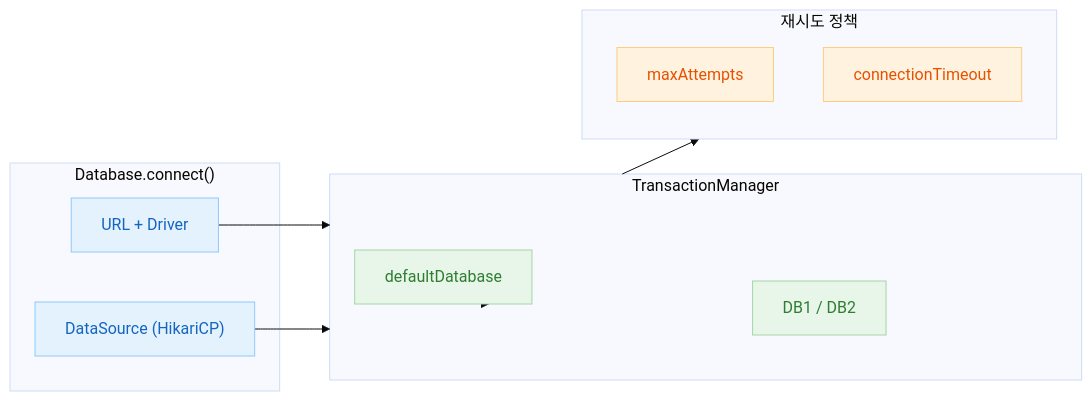
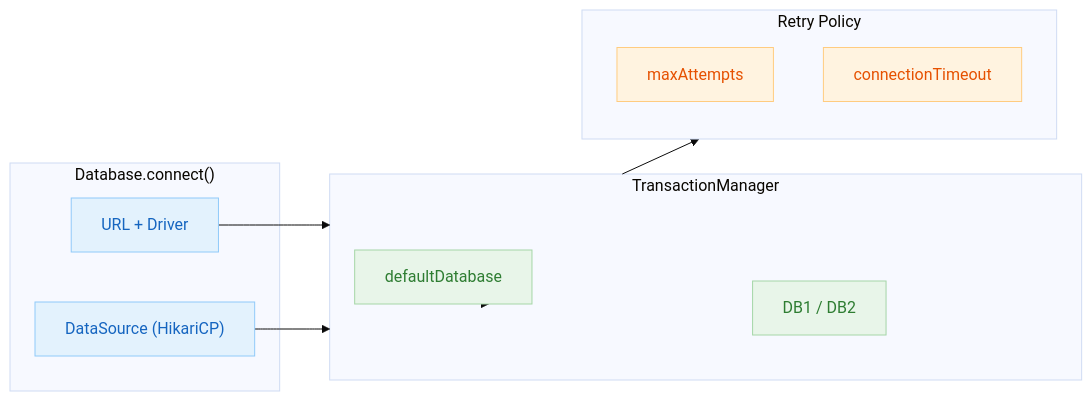
The diagram in 04-exposed-ddl/01-connection/README.md (bluetape4k/exposed-workshop), drawn with Mermaid (base theme) before and after one commit. The commit also changed other lines of this file and 115 other files, not shown here.

````diff
--- a/04-exposed-ddl/01-connection/README.md
+++ b/04-exposed-ddl/01-connection/README.md
@@ -24,30 +25,30 @@
 ```mermaid
 flowchart LR
     subgraph Connect["Database.connect()"]
         URL["URL + Driver"]
         DS["DataSource (HikariCP)"]
     end
 
     subgraph TM["TransactionManager"]
         Default["defaultDatabase"]
         Multi["DB1 / DB2"]
     end
 
-    subgraph Retry["재시도 정책"]
+    subgraph Retry["Retry Policy"]
         MA["maxAttempts"]
         TO["connectionTimeout"]
     end
 
     URL --> TM
     DS --> TM
     TM --> Default & Multi
     TM --> Retry
 
     classDef blue fill:#E3F2FD,stroke:#90CAF9,color:#1565C0
     classDef green fill:#E8F5E9,stroke:#A5D6A7,color:#2E7D32
     classDef orange fill:#FFF3E0,stroke:#FFCC80,color:#E65100
 
     class URL,DS blue
     class Default,Multi green
     class MA,TO orange
 ```
````
